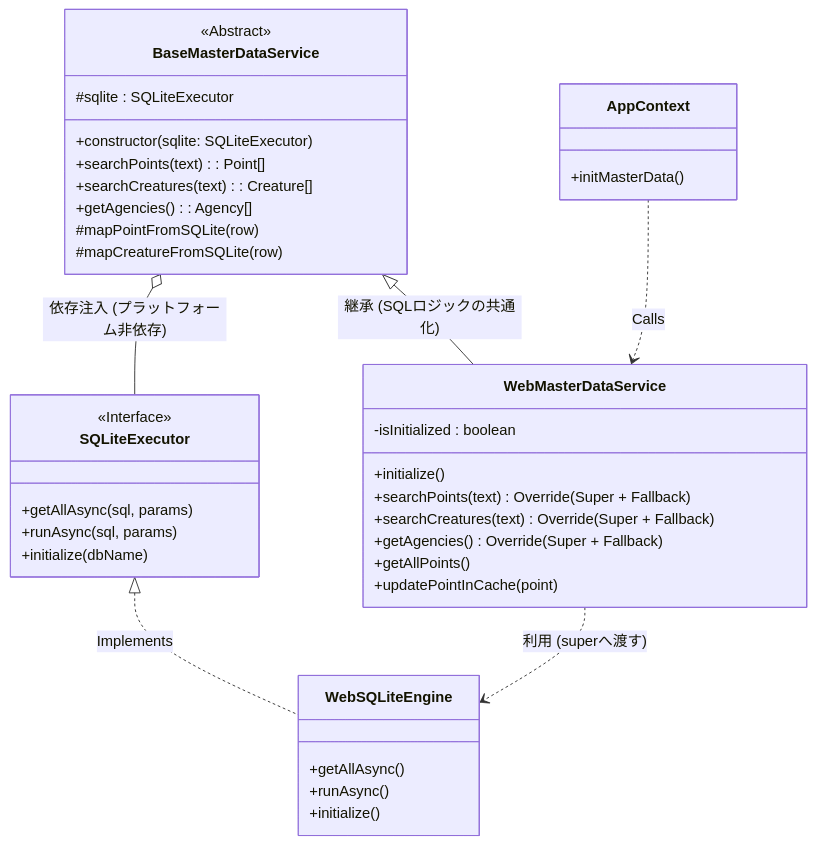
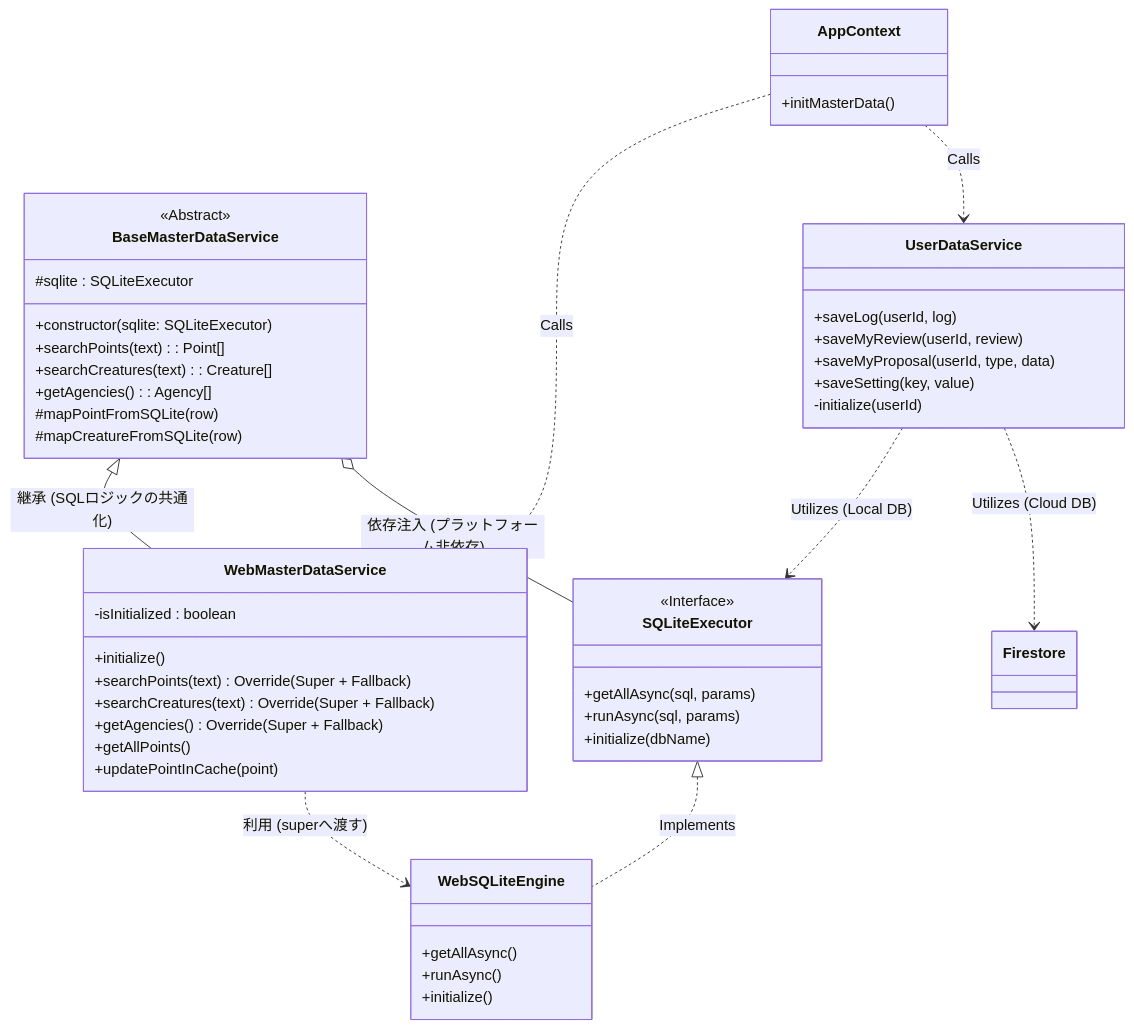
One commit to cloud-solutions-ttakeuchi/wedive changed the fifth of 8 diagrams in DATABASE_DESIGN.md. Above: the diagram before and after it, drawn with Mermaid. The commit also changed other lines of this file and 2 other files, not shown here.

````diff
--- a/DATABASE_DESIGN.md
+++ b/DATABASE_DESIGN.md
@@ -759,50 +761,62 @@
 ```mermaid
 classDiagram
     %% --- 抽象層 (Shared Library: wedive-shared) ---
     class SQLiteExecutor {
         <<Interface>>
         +getAllAsync(sql, params)
         +runAsync(sql, params)
         +initialize(dbName)
     }
 
     class BaseMasterDataService {
         <<Abstract>>
         #sqlite : SQLiteExecutor
         +constructor(sqlite: SQLiteExecutor)
         +searchPoints(text) : Point[]
         +searchCreatures(text) : Creature[]
         +getAgencies() : Agency[]
         #mapPointFromSQLite(row)
         #mapCreatureFromSQLite(row)
     }
 
     %% --- 実装層 (Web/App Local) ---
     class WebSQLiteEngine {
         +getAllAsync()
         +runAsync()
         +initialize()
     }
     
     class WebMasterDataService {
         -isInitialized : boolean
         +initialize()
         +searchPoints(text) : Override (Super + Fallback)
         +searchCreatures(text) : Override (Super + Fallback)
         +getAgencies() : Override (Super + Fallback)
         +getAllPoints()
         +updatePointInCache(point)
     }
 
+    class UserDataService {
+        +saveLog(userId, log)
+        +saveMyReview(userId, review)
+        +saveMyProposal(userId, type, data)
+        +saveSetting(key, value)
+        -initialize(userId)
+    }
+
     %% --- 依存と継承 ---
     SQLiteExecutor <|.. WebSQLiteEngine : Implements
     BaseMasterDataService <|-- WebMasterDataService : 継承 (SQLロジックの共通化)
     BaseMasterDataService o-- SQLiteExecutor : 依存注入 (プラットフォーム非依存)
     WebMasterDataService ..> WebSQLiteEngine : 利用 (superへ渡す)
+    
+    UserDataService ..> SQLiteExecutor : Utilizes (Local DB)
+    UserDataService ..> Firestore : Utilizes (Cloud DB)
 
     %% --- 利用者 ---
     class AppContext {
         +initMasterData()
     }
     AppContext ..> WebMasterDataService : Calls
+    AppContext ..> UserDataService : Calls
 ```
````
